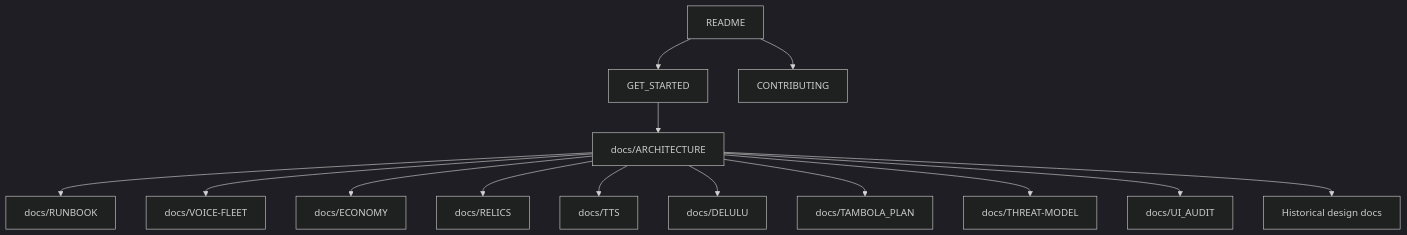
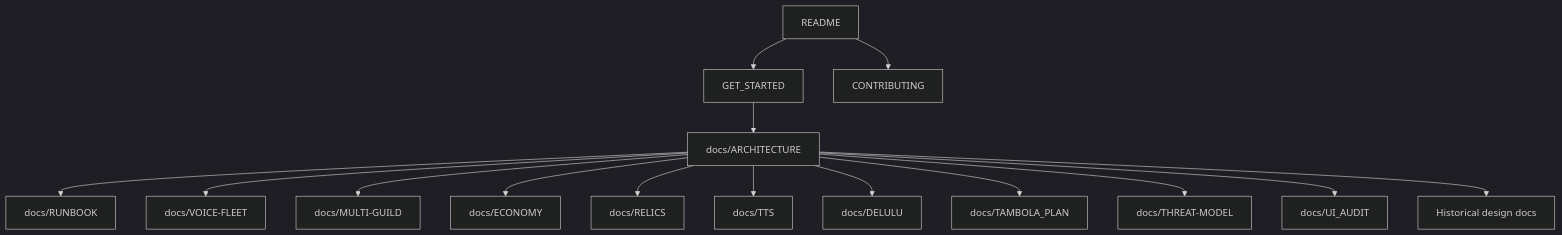
The diagram in docs/README.md (DeathSurfing/siela-bot), drawn with Mermaid (dark theme) before and after one commit. The commit also changed other lines of this file and 35 other files, not shown here.

````diff
--- a/docs/README.md
+++ b/docs/README.md
@@ -5,16 +5,17 @@
 ```mermaid
 flowchart TD
   START[README] --> GET[GET_STARTED]
   GET --> ARCH[docs/ARCHITECTURE]
   START --> CONTRIB[CONTRIBUTING]
   ARCH --> RUN[docs/RUNBOOK]
   ARCH --> FLEET[docs/VOICE-FLEET]
+  ARCH --> MULTI[docs/MULTI-GUILD]
   ARCH --> ECON[docs/ECONOMY]
   ARCH --> RELICS[docs/RELICS]
   ARCH --> TTS[docs/TTS]
   ARCH --> DELULU[docs/DELULU]
   ARCH --> TAMBOLA[docs/TAMBOLA_PLAN]
   ARCH --> THREAT[docs/THREAT-MODEL]
   ARCH --> UI[docs/UI_AUDIT]
   ARCH --> HIST[Historical design docs]
 ```
````
